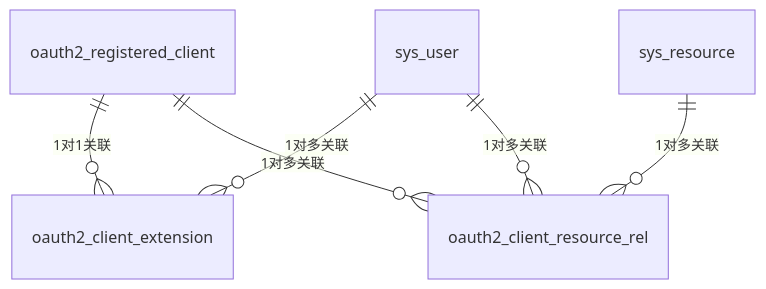
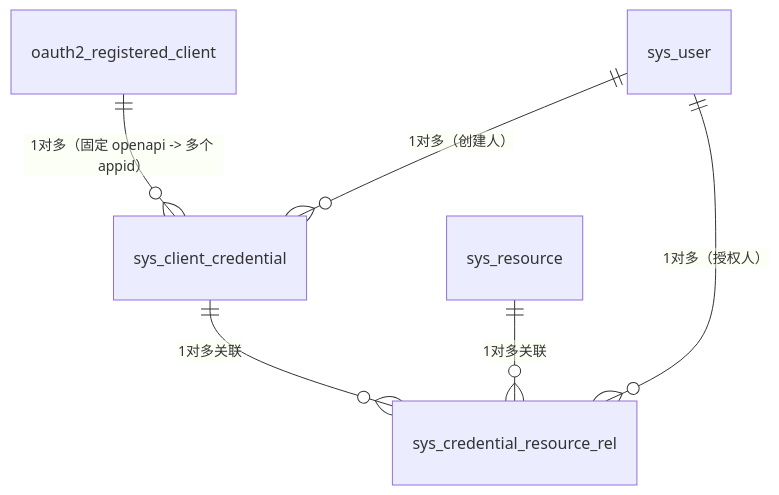
The second of 2 diagrams in openapi文档.md (jeff-huang-cn/security-system), drawn with Mermaid before and after one commit. The commit also changed other lines of this file and 61 other files, not shown here.

````diff
--- a/openapi文档.md
+++ b/openapi文档.md
@@ -165,8 +191,8 @@
 ```mermaid
 erDiagram
-    oauth2_registered_client ||--o{ oauth2_client_extension : "1对1关联"
-    oauth2_registered_client ||--o{ oauth2_client_resource_rel : "1对多关联"
-    sys_resource ||--o{ oauth2_client_resource_rel : "1对多关联"
-    sys_user ||--o{ oauth2_client_extension : "1对多关联"
-    sys_user ||--o{ oauth2_client_resource_rel : "1对多关联"
+    oauth2_registered_client ||--o{ sys_client_credential : "1对多（固定 openapi -> 多个 appid）"
+    sys_client_credential ||--o{ sys_credential_resource_rel : "1对多关联"
+    sys_resource ||--o{ sys_credential_resource_rel : "1对多关联"
+    sys_user ||--o{ sys_client_credential : "1对多（创建人）"
+    sys_user ||--o{ sys_credential_resource_rel : "1对多（授权人）"
 ```
````
